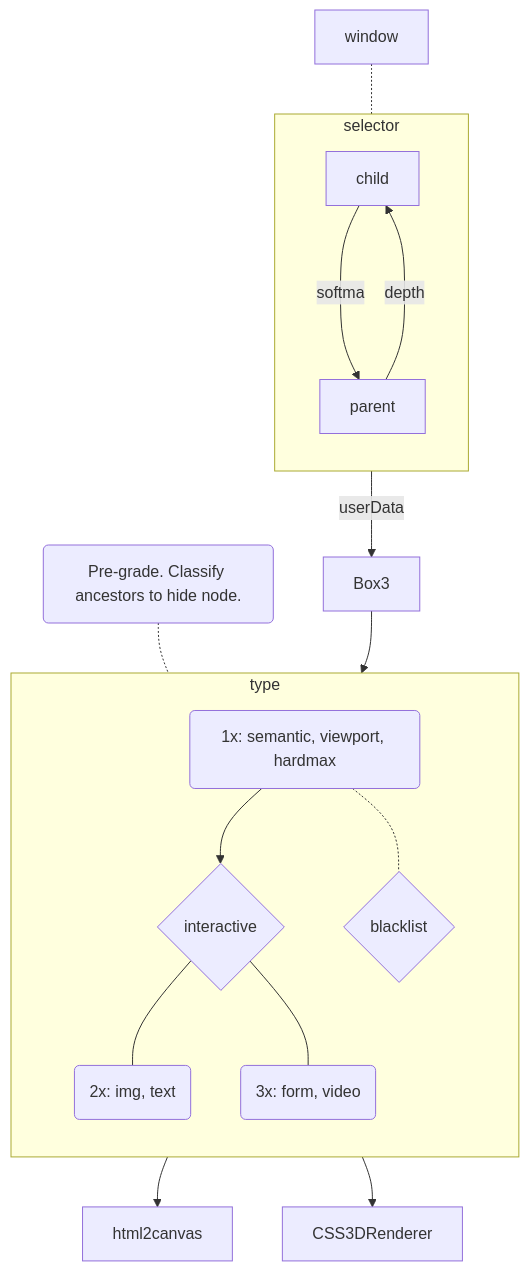
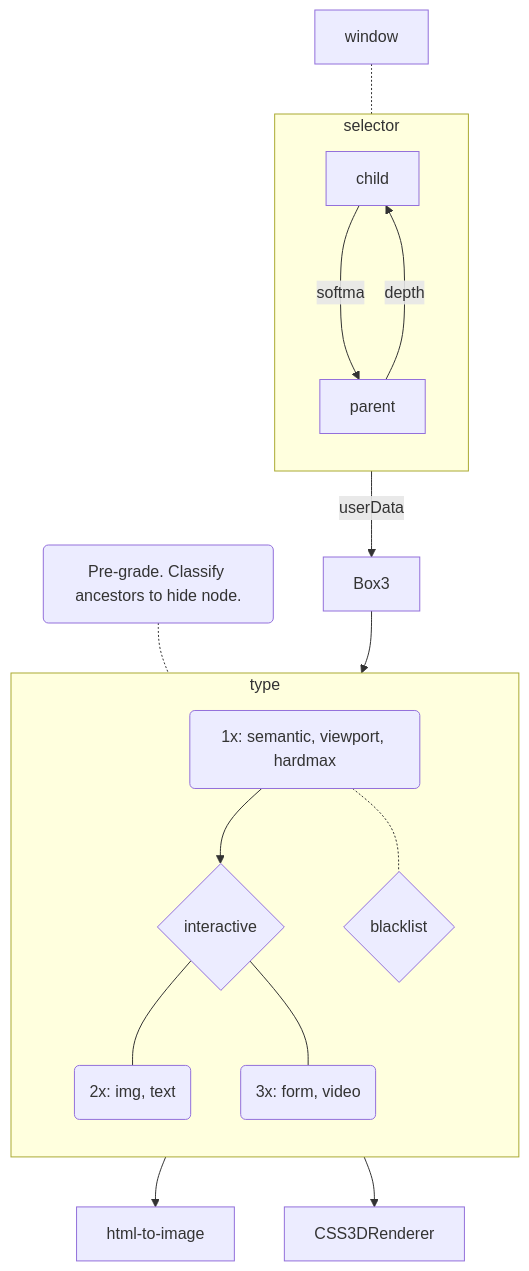
Before and after one commit to KurtPachinger/mpos-precept: the diagram in README.md, drawn with Mermaid.

````diff
--- a/README.md
+++ b/README.md
@@ -5,33 +5,33 @@
 ```mermaid
 flowchart TB
 
 window-.-selector
 subgraph selector
  direction TB
  child--softmax-->parent
  parent--depth-->child
 end
 
 
 grade("Pre-grade. Classify ancestors to hide node.")
   
 
 grade-.-b
 selector--userData-->Box3-->a
 
 
 
 subgraph type
   direction TB
 
   a("1x: semantic, viewport, hardmax")
   a-.-tag{blacklist}
   a-->b{interactive}
-  b---canvas("2x: img, text")
-  b---css3d("3x: form, video")
+  b---static("2x: img, text")
+  b---dynamic("3x: form, video")
 
 end
 
-canvas-->html2canvas
-css3d-->CSS3DRenderer
+static-->html-to-image
+dynamic-->CSS3DRenderer
 ```
````
